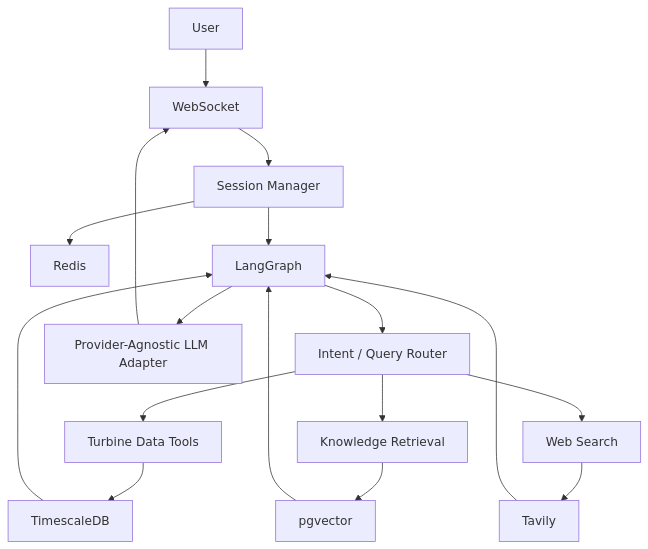
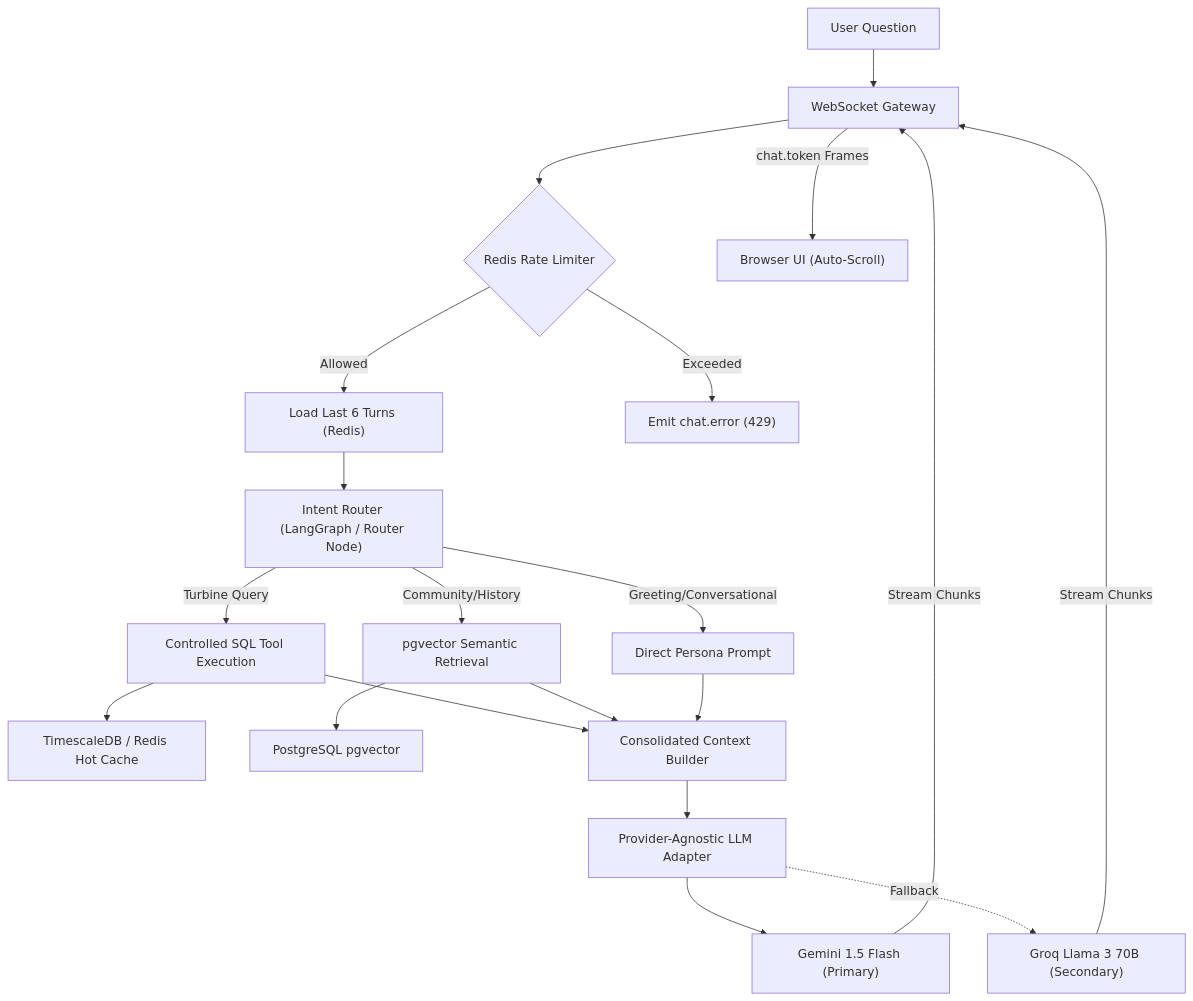
One commit to klardatalabs/ace_wind_display changed the sixth of 8 diagrams in docs/SYSTEM_DESIGN.md. Above: the diagram before and after it, drawn with Mermaid. The commit also changed other lines of this file and 1 other file, not shown here.

First line of the commit message:
docs: streamline SYSTEM_DESIGN.md into production-grade lean architecture

````diff
--- a/docs/SYSTEM_DESIGN.md
+++ b/docs/SYSTEM_DESIGN.md
@@ -901,25 +432,29 @@
-``` mermaid
-flowchart TB
-    U["User"] --> WS["WebSocket"]
-    WS --> S["Session Manager"]
-    S --> R["Redis"]
-
-    S --> LG["LangGraph"]
-
-    LG --> ROUTER["Intent / Query Router"]
-
-    ROUTER --> SQL["Turbine Data Tools"]
-    ROUTER --> RAG["Knowledge Retrieval"]
-    ROUTER --> WEB["Web Search"]
-
-    SQL --> TS["TimescaleDB"]
-    RAG --> V["pgvector"]
-    WEB --> T["Tavily"]
-
-    TS --> LG
-    V --> LG
-    T --> LG
-
-    LG --> LLM["Provider-Agnostic LLM Adapter"]
-    LLM --> WS
+```mermaid
+flowchart TD
+    Q["User Question"] --> WS["WebSocket Gateway"]
+    WS --> RATELIMIT{"Redis Rate Limiter"}
+    
+    RATELIMIT -->|Allowed| SESSION["Load Last 6 Turns (Redis)"]
+    RATELIMIT -->|Exceeded| REJECT["Emit chat.error (429)"]
+    
+    SESSION --> ROUTER["Intent Router (LangGraph / Router Node)"]
+    
+    ROUTER -->|Turbine Query| T_TOOL["Controlled SQL Tool Execution"]
+    ROUTER -->|Community/History| T_RAG["pgvector Semantic Retrieval"]
+    ROUTER -->|Greeting/Conversational| T_DIRECT["Direct Persona Prompt"]
+    
+    T_TOOL --> TS["TimescaleDB / Redis Hot Cache"]
+    T_RAG --> PGV["PostgreSQL pgvector"]
+    
+    T_TOOL --> CONTEXT["Consolidated Context Builder"]
+    T_RAG --> CONTEXT
+    T_DIRECT --> CONTEXT
+    
+    CONTEXT --> ADAPTER["Provider-Agnostic LLM Adapter"]
+    ADAPTER --> GEMINI["Gemini 1.5 Flash (Primary)"]
+    ADAPTER -. Fallback .-> GROQ["Groq Llama 3 70B (Secondary)"]
+    
+    GEMINI -->|Stream Chunks| WS
+    GROQ -->|Stream Chunks| WS
+    WS -->|chat.token Frames| BROWSER["Browser UI (Auto-Scroll)"]
 ```
````
